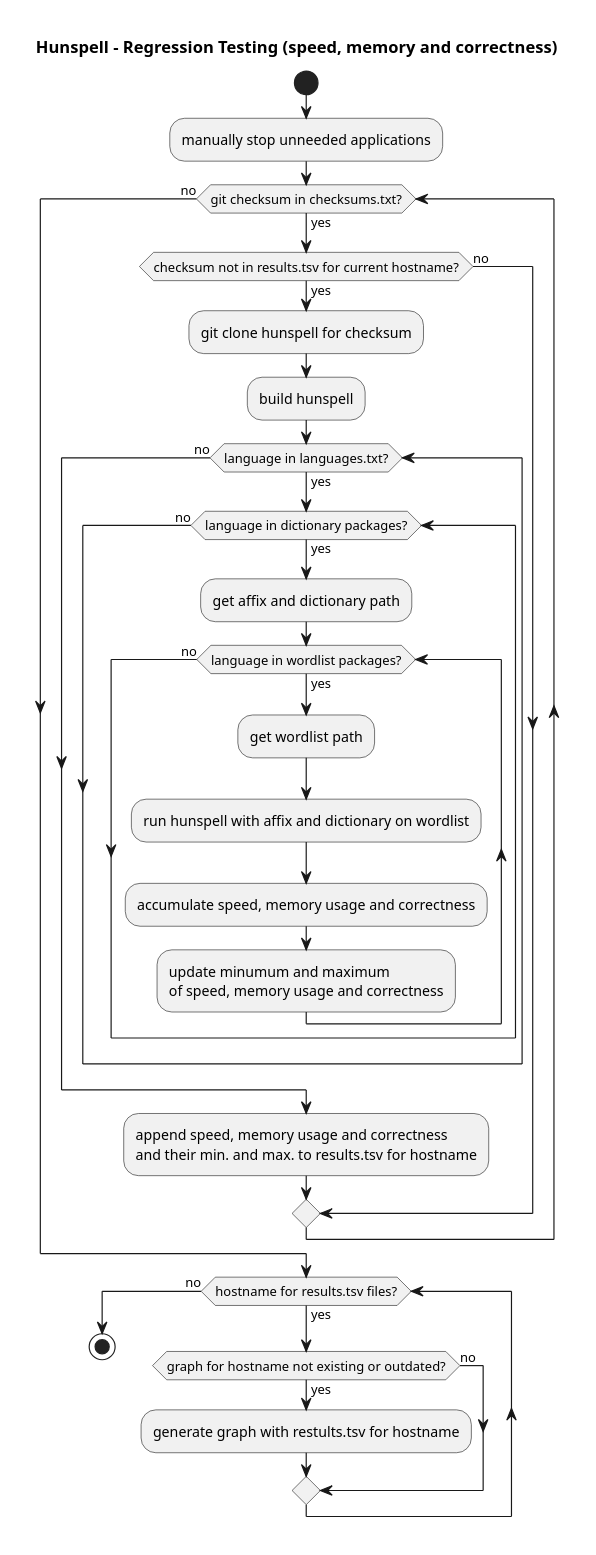
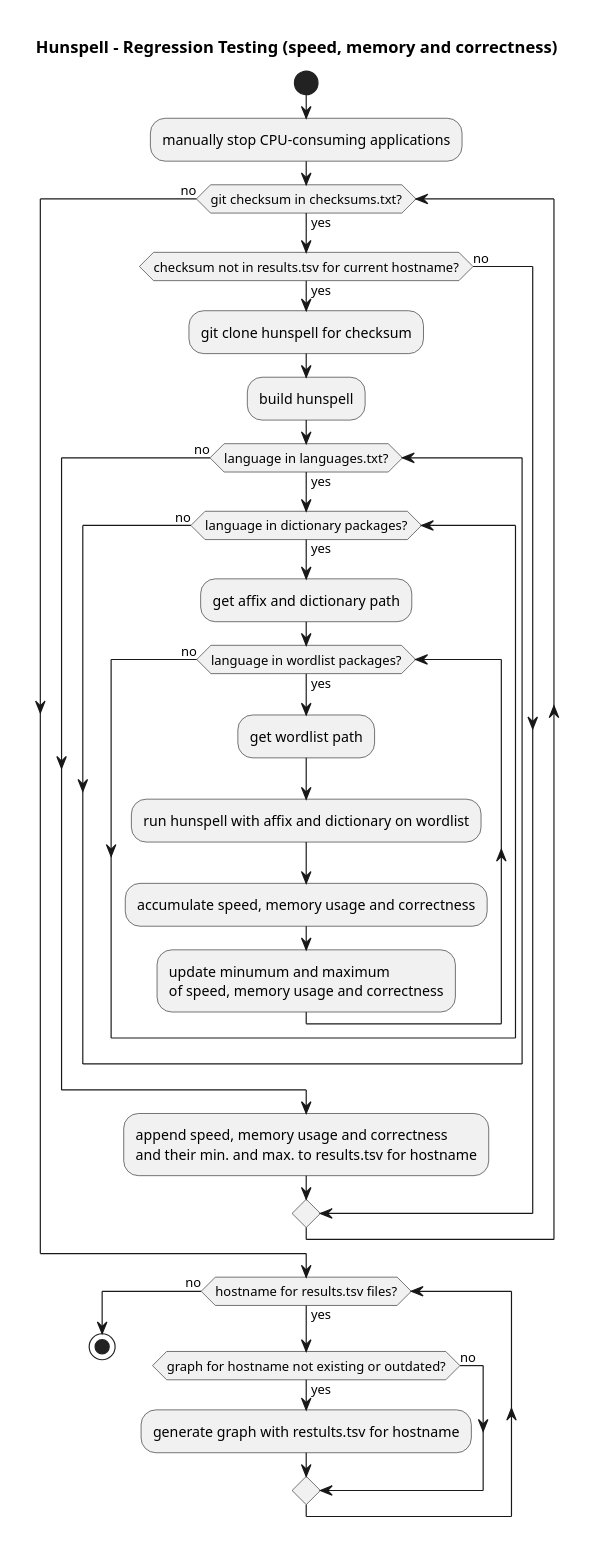
Before and after one commit to nuspell/misc-nuspell: the diagram in uml/plantuml/regression-testing-activity-diagram.pu, drawn with PlantUML. The commit also changed 7 other files, not shown here.

```diff
--- a/uml/plantuml/regression-testing-activity-diagram.pu
+++ b/uml/plantuml/regression-testing-activity-diagram.pu
@@ -1,35 +1,35 @@
 @startuml
 skinparam backgroundcolor White|White
 
 title Hunspell - Regression Testing (speed, memory and correctness)
 
 start
-:manually stop unneeded applications;
+:manually stop CPU-consuming applications;
 while (git checksum in checksums.txt?) is (yes)
 	if (checksum not in results.tsv for current hostname?) then (yes)
 		:git clone hunspell for checksum;
 		:build hunspell;
 		while (language in languages.txt?) is (yes)
 			while (language in dictionary packages?) is (yes)
 				:get affix and dictionary path;
 				while (language in wordlist packages?) is (yes)
 					:get wordlist path;
 					:run hunspell with affix and dictionary on wordlist;
 					:accumulate speed, memory usage and correctness;
 					:update minumum and maximum\nof speed, memory usage and correctness;
 				endwhile (no)
 			endwhile (no)
 		endwhile (no)
 		:append speed, memory usage and correctness\nand their min. and max. to results.tsv for hostname;
 	else (no)
 	endif
 endwhile (no)
 while (hostname for results.tsv files?) is (yes)
 	if (graph for hostname not existing or outdated?) then (yes)
 		:generate graph with restults.tsv for hostname;
 	else (no)
 	endif
 endwhile (no)
 stop
 
 @enduml
```
